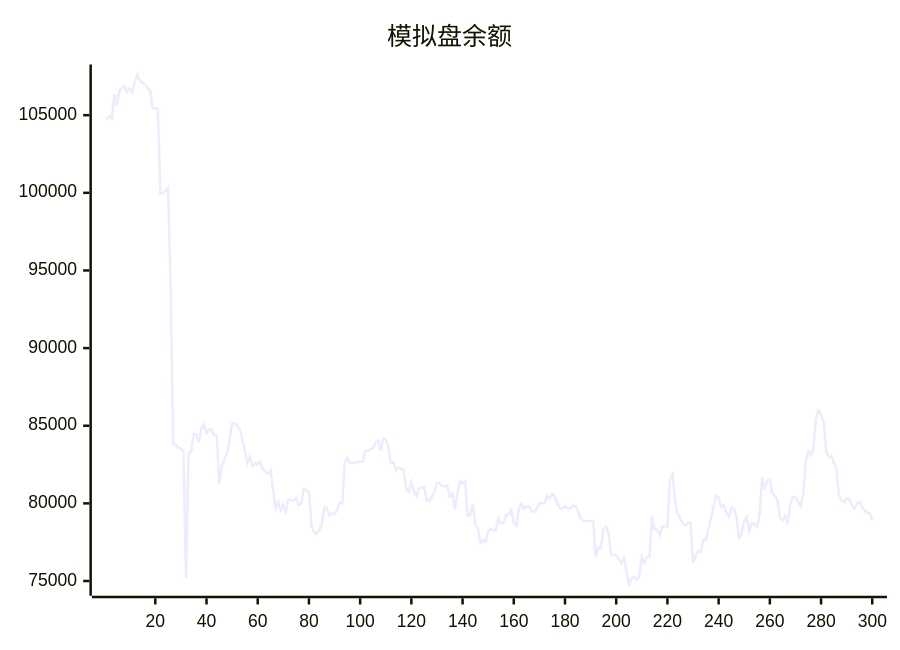
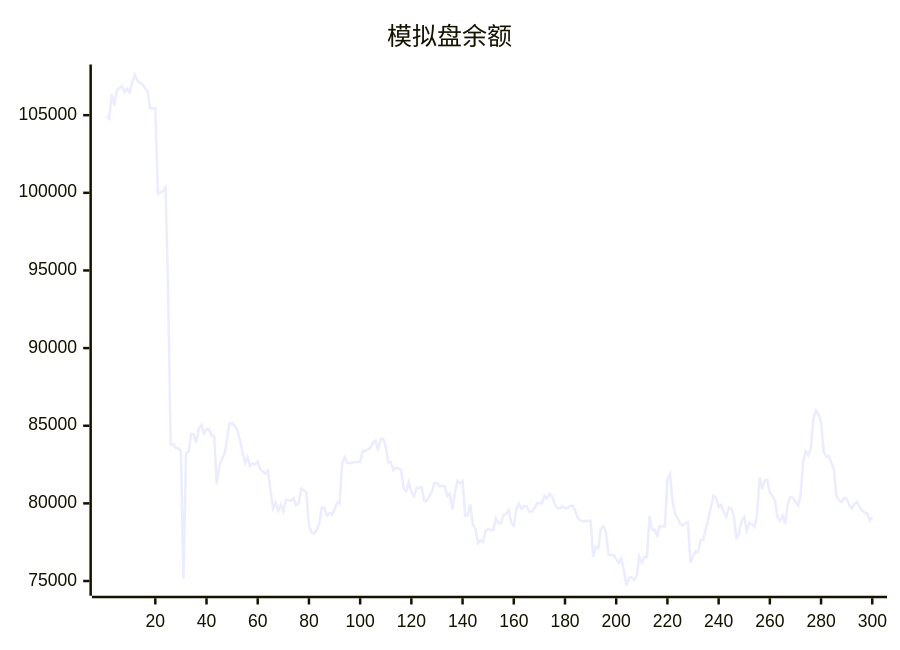
The diagram in README.md (aahl/ai-trading), drawn with Mermaid before and after one commit. The commit also changed other lines of this file and 1 other file, not shown here.

````diff
--- a/README.md
+++ b/README.md
@@ -5,5 +5,5 @@
 ```mermaid
 xychart
     title "模拟盘余额"
-    line [104691,104924,104762,106364,105628,106608,106748,106872,106485,106721,106468,107132,107620,107224,107080,107001,106717,106567,105431,105431,105440,99950,100017,100113,100337,93749,83795,83807,83567,83567,83342,75168,83222,83336,84448,84449,83896,84839,85065,84499,84757,84757,84364,84347,81254,82385,82835,83184,84099,85150,85150,85002,84751,84096,83356,82582,82983,82404,82572,82512,82688,82200,82047,81920,82125,80840,79688,80060,79552,79920,79470,80236,80208,80170,80336,79894,80006,80954,80837,80712,78561,78139,78037,78293,78682,79720,79720,79214,79372,79279,79591,80046,79993,82625,82950,82626,82571,82633,82670,82670,82681,83386,83378,83464,83579,83920,84037,83402,84160,84142,83652,82655,82655,82145,82315,82243,82163,80934,80770,81371,80742,80468,80989,80989,81067,80191,80155,80450,80737,81309,81309,81106,81119,81119,80471,80631,79624,80670,81448,81290,81429,79212,79222,79940,78643,78380,77432,77623,77504,78235,78358,78284,78277,79048,78714,78714,79290,79308,79567,78763,78563,79603,79988,79652,79813,79813,79476,79469,79673,79995,80015,80015,80486,80314,80600,80436,79966,79689,79689,79819,79692,79692,79850,79850,79518,79071,78889,78850,78850,78878,78878,76554,77202,77103,78357,78510,78106,76678,76677,76672,76411,76159,76485,75656,74695,75197,75246,75052,75334,76564,76179,76553,76551,79196,78300,78300,77944,78531,78531,78521,81564,81884,80160,79335,79055,78675,78580,78708,78764,76179,76586,76902,76876,77658,77669,78346,79023,79769,80497,80366,79761,79896,79448,79126,79749,79658,79097,77695,78114,78888,79126,78249,78738,78653,78478,79271,81680,80923,81488,81527,80681,80455,80190,79084,78879,79193,78686,79954,80403,80374,80118,79848,80491,82665,83351,83098,83525,85430,85983,85737,85221,83378,83014,83043,82613,82216,80477,80208,80081,80348,80277,79894,79670,79965,80093,79786,79542,79406,79371,78893]
+    line [104924,104762,106364,105628,106608,106748,106872,106485,106721,106468,107132,107620,107224,107080,107001,106717,106567,105431,105431,105440,99950,100017,100113,100337,93749,83795,83807,83567,83567,83342,75168,83222,83336,84448,84449,83896,84839,85065,84499,84757,84757,84364,84347,81254,82385,82835,83184,84099,85150,85150,85002,84751,84096,83356,82582,82983,82404,82572,82512,82688,82200,82047,81920,82125,80840,79688,80060,79552,79920,79470,80236,80208,80170,80336,79894,80006,80954,80837,80712,78561,78139,78037,78293,78682,79720,79720,79214,79372,79279,79591,80046,79993,82625,82950,82626,82571,82633,82670,82670,82681,83386,83378,83464,83579,83920,84037,83402,84160,84142,83652,82655,82655,82145,82315,82243,82163,80934,80770,81371,80742,80468,80989,80989,81067,80191,80155,80450,80737,81309,81309,81106,81119,81119,80471,80631,79624,80670,81448,81290,81429,79212,79222,79940,78643,78380,77432,77623,77504,78235,78358,78284,78277,79048,78714,78714,79290,79308,79567,78763,78563,79603,79988,79652,79813,79813,79476,79469,79673,79995,80015,80015,80486,80314,80600,80436,79966,79689,79689,79819,79692,79692,79850,79850,79518,79071,78889,78850,78850,78878,78878,76554,77202,77103,78357,78510,78106,76678,76677,76672,76411,76159,76485,75656,74695,75197,75246,75052,75334,76564,76179,76553,76551,79196,78300,78300,77944,78531,78531,78521,81564,81884,80160,79335,79055,78675,78580,78708,78764,76179,76586,76902,76876,77658,77669,78346,79023,79769,80497,80366,79761,79896,79448,79126,79749,79658,79097,77695,78114,78888,79126,78249,78738,78653,78478,79271,81680,80923,81488,81527,80681,80455,80190,79084,78879,79193,78686,79954,80403,80374,80118,79848,80491,82665,83351,83098,83525,85430,85983,85737,85221,83378,83014,83043,82613,82216,80477,80208,80081,80348,80277,79894,79670,79965,80093,79786,79542,79406,79371,78893,79087]
 ```
````
